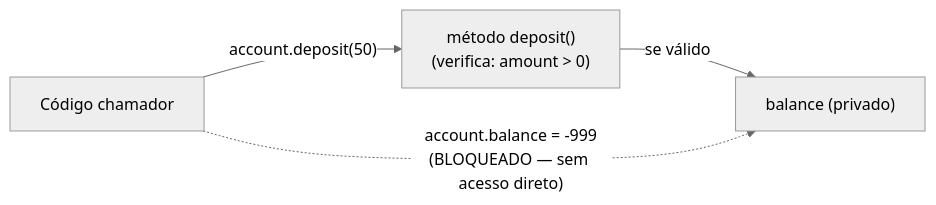
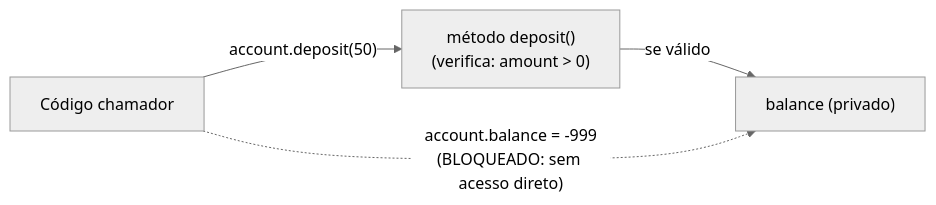
One commit to alexcastrodev/my-university changed the second of 2 diagrams in backend/src/seed/data/curriculum/algorithms-software/programming-paradigms/content/classes-objects-and-encapsulation/pt-BR.md. Above: the diagram before and after it, drawn with Mermaid (neutral theme). The commit also changed other lines of this file and 13 other files, not shown here.

````diff
--- a/backend/src/seed/data/curriculum/algorithms-software/programming-paradigms/content/classes-objects-and-encapsulation/pt-BR.md
+++ b/backend/src/seed/data/curriculum/algorithms-software/programming-paradigms/content/classes-objects-and-encapsulation/pt-BR.md
@@ -49,6 +49,6 @@
 ```mermaid
 graph LR
     Caller["Código chamador"] -->|"account.deposit(50)"| M["método deposit()\n(verifica: amount > 0)"]
     M -->|"se válido"| D["balance (privado)"]
-    Caller -.->|"account.balance = -999\n(BLOQUEADO — sem acesso direto)"| D
+    Caller -.->|"account.balance = -999\n(BLOQUEADO: sem acesso direto)"| D
 ```
````
